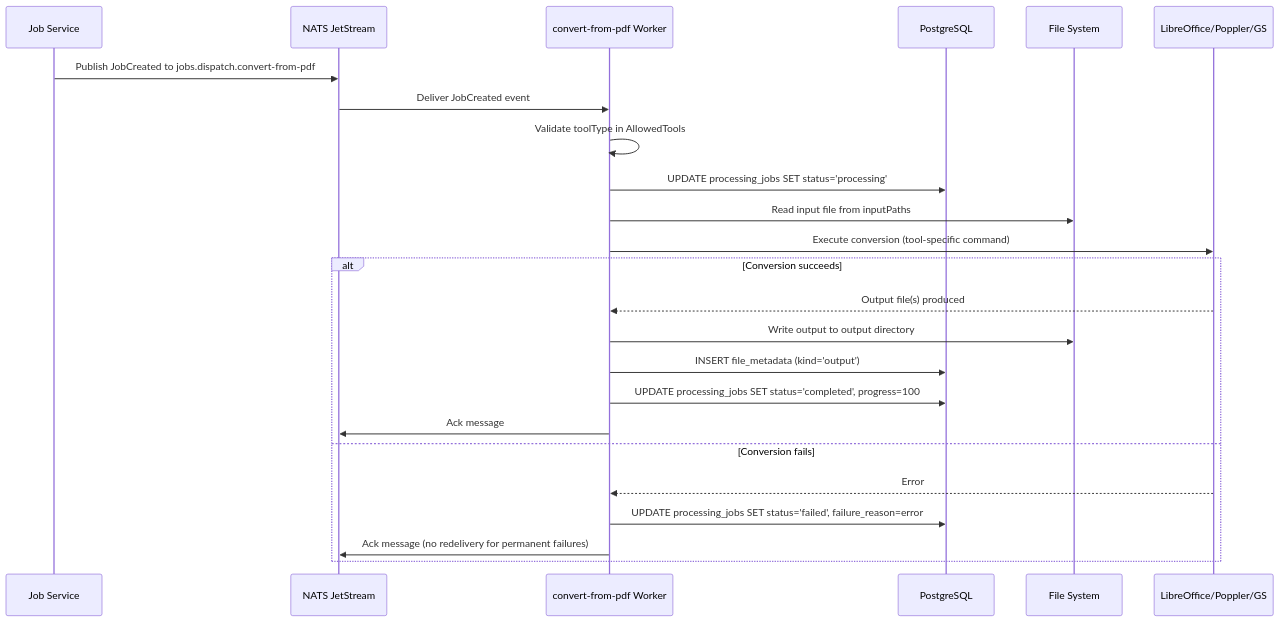
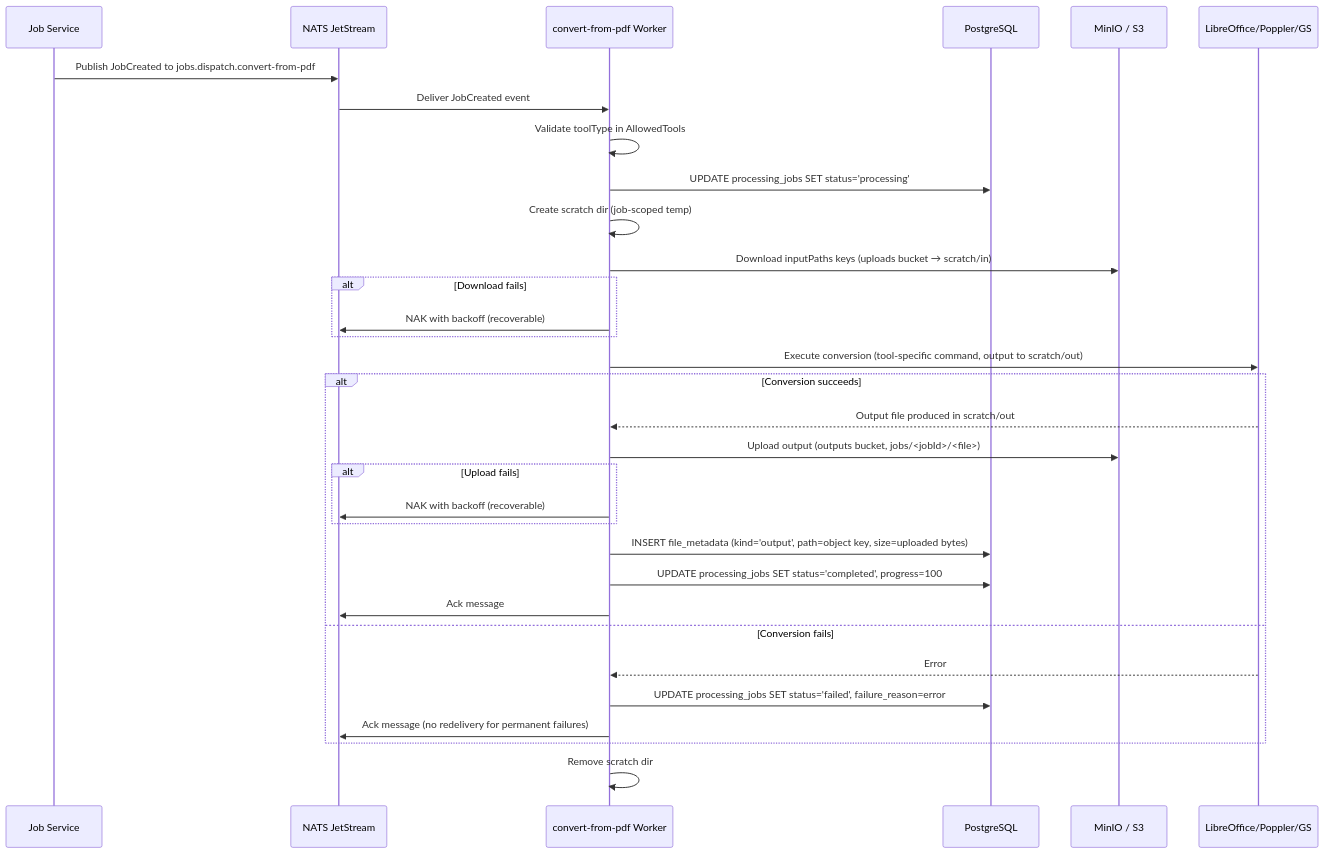
Before and after one commit to Prachidubey2003/fyredocs_backend: the first of 4 diagrams in docs/developer/services/CONVERT_FROM_PDF.md, drawn with Mermaid. The commit also changed other lines of this file and 84 other files, not shown here.

````diff
--- a/docs/developer/services/CONVERT_FROM_PDF.md
+++ b/docs/developer/services/CONVERT_FROM_PDF.md
@@ -563,30 +587,38 @@
 ```mermaid
 sequenceDiagram
     participant JS as Job Service
     participant NATS as NATS JetStream
     participant W as convert-from-pdf Worker
     participant DB as PostgreSQL
-    participant FS as File System
+    participant S3 as MinIO / S3
     participant LO as LibreOffice/Poppler/GS
 
     JS->>NATS: Publish JobCreated to jobs.dispatch.convert-from-pdf
     NATS->>W: Deliver JobCreated event
 
     W->>W: Validate toolType in AllowedTools
     W->>DB: UPDATE processing_jobs SET status='processing'
 
-    W->>FS: Read input file from inputPaths
-    W->>LO: Execute conversion (tool-specific command)
+    W->>W: Create scratch dir (job-scoped temp)
+    W->>S3: Download inputPaths keys (uploads bucket → scratch/in)
+    alt Download fails
+        W->>NATS: NAK with backoff (recoverable)
+    end
+    W->>LO: Execute conversion (tool-specific command, output to scratch/out)
 
     alt Conversion succeeds
-        LO-->>W: Output file(s) produced
-        W->>FS: Write output to output directory
-        W->>DB: INSERT file_metadata (kind='output')
+        LO-->>W: Output file produced in scratch/out
+        W->>S3: Upload output (outputs bucket, jobs/<jobId>/<file>)
+        alt Upload fails
+            W->>NATS: NAK with backoff (recoverable)
+        end
+        W->>DB: INSERT file_metadata (kind='output', path=object key, size=uploaded bytes)
         W->>DB: UPDATE processing_jobs SET status='completed', progress=100
         W->>NATS: Ack message
     else Conversion fails
         LO-->>W: Error
         W->>DB: UPDATE processing_jobs SET status='failed', failure_reason=error
         W->>NATS: Ack message (no redelivery for permanent failures)
     end
+    W->>W: Remove scratch dir
 ```
````
